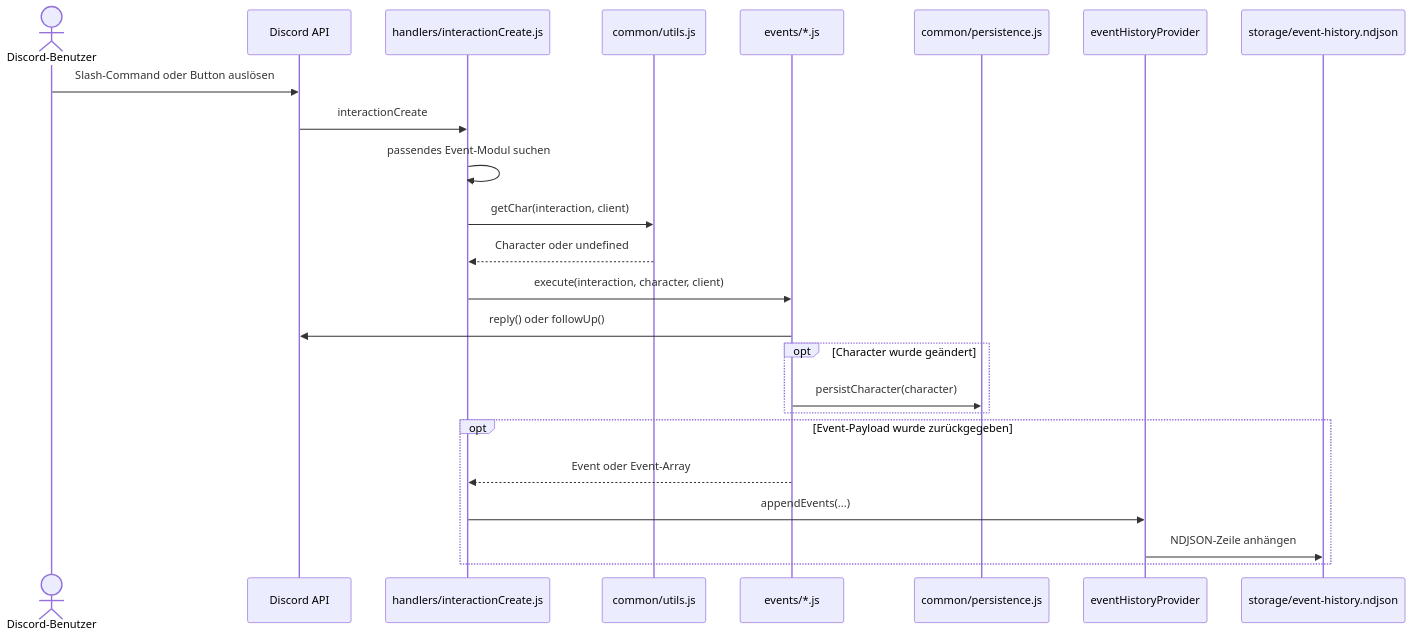
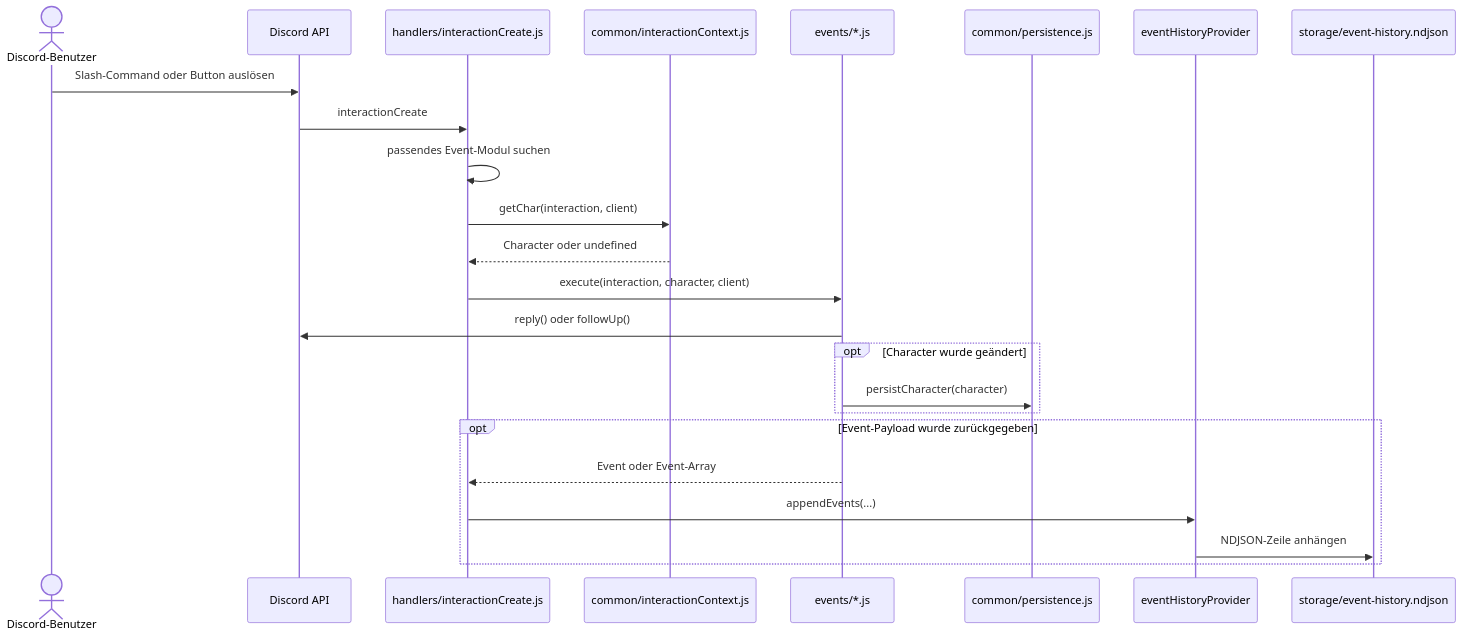
One commit to Trollpower/dsa5-discord-bot changed the diagram in docs/command-lifecycle.md. Above: the diagram before and after it, drawn with Mermaid. The commit also changed other lines of this file and 35 other files, not shown here.

````diff
--- a/docs/command-lifecycle.md
+++ b/docs/command-lifecycle.md
@@ -19,27 +19,27 @@
 ```mermaid
 sequenceDiagram
 	actor User as Discord-Benutzer
 	participant Discord as Discord API
 	participant Handler as handlers/interactionCreate.js
-	participant Utils as common/utils.js
+	participant InteractionContext as common/interactionContext.js
 	participant Event as events/*.js
 	participant Persist as common/persistence.js
 	participant History as eventHistoryProvider
 	participant Storage as storage/event-history.ndjson
 
 	User->>Discord: Slash-Command oder Button auslösen
 	Discord->>Handler: interactionCreate
 	Handler->>Handler: passendes Event-Modul suchen
-	Handler->>Utils: getChar(interaction, client)
-	Utils-->>Handler: Character oder undefined
+	Handler->>InteractionContext: getChar(interaction, client)
+	InteractionContext-->>Handler: Character oder undefined
 	Handler->>Event: execute(interaction, character, client)
 	Event->>Discord: reply() oder followUp()
 	opt Character wurde geändert
 		Event->>Persist: persistCharacter(character)
 	end
 	opt Event-Payload wurde zurückgegeben
 		Event-->>Handler: Event oder Event-Array
 		Handler->>History: appendEvents(...)
 		History->>Storage: NDJSON-Zeile anhängen
 	end
 ```
````
